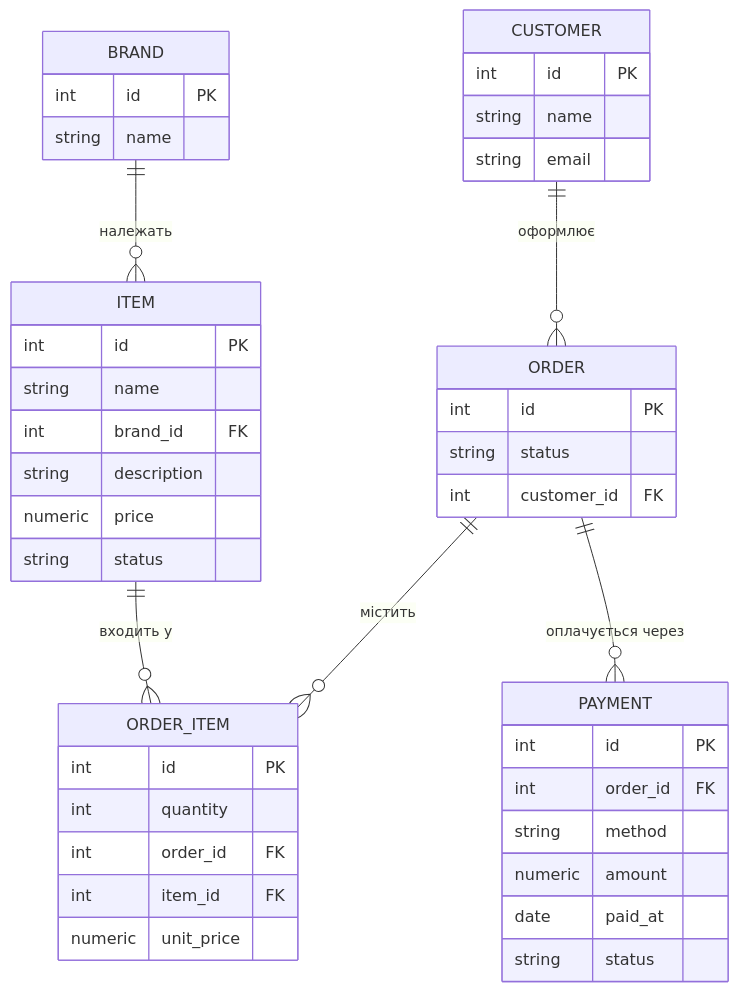
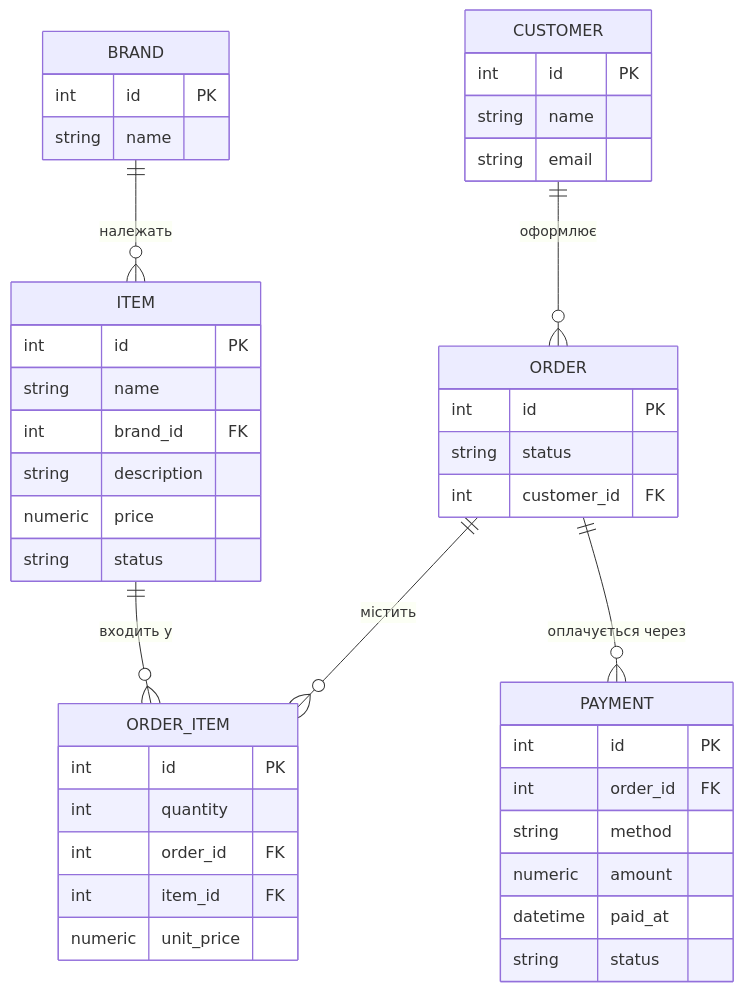
Before and after one commit to AriBlank/KPI-2-LABS: the diagram in lab1/diagram.mmd, drawn with Mermaid.

Commit message:
оновлено діаграму згідно з spec

```diff
--- a/lab1/diagram.mmd
+++ b/lab1/diagram.mmd
@@ -1,50 +1,50 @@
 erDiagram
 
     CUSTOMER{
         int id PK
         string name
         string email
     }
 
     ITEM{
         int id PK
         string name
         int brand_id FK
         string description
         numeric price
         string status
     }
 
     ORDER{
         int id PK
         string status
         int customer_id FK
     }
 
     ORDER_ITEM{
         int id PK
         int quantity
         int order_id FK
         int item_id FK
         numeric unit_price
     }
 
     PAYMENT{
         int id PK
         int order_id FK
         string method
         numeric amount
-        date paid_at
+        datetime paid_at
         string status
     }
 
     BRAND{
         int id PK
         string name
     }
 
     BRAND      ||--o{ ITEM       : "належать"
     CUSTOMER   ||--o{ ORDER      : "оформлює"
     ORDER      ||--o{ ORDER_ITEM : "містить"
     ITEM       ||--o{ ORDER_ITEM : "входить у"
     ORDER      ||--o{ PAYMENT    : "оплачується через"
```
